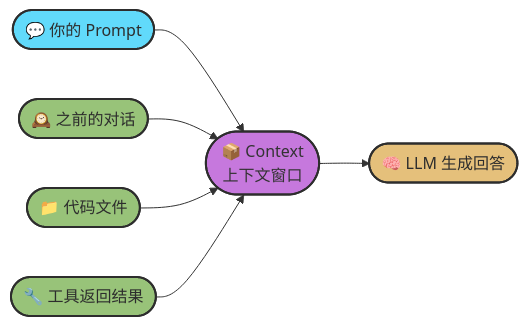
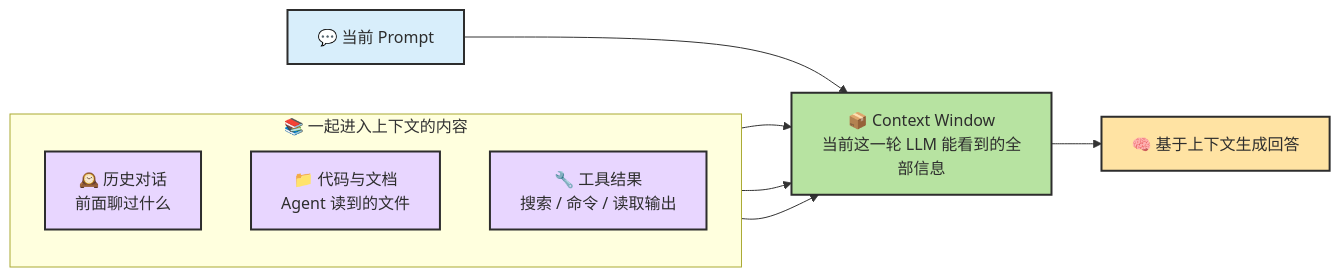
Before and after one commit to zht043/AgenticCodingTutorial: the first of 2 diagrams in docs/chapters/ch03-glossary.md, drawn with Mermaid. The commit also changed other lines of this file and 69 other files, not shown here.

Commit message:
optimize docs and add mermaid validation

````diff
--- a/docs/chapters/ch03-glossary.md
+++ b/docs/chapters/ch03-glossary.md
@@ -93,18 +93,25 @@
 ```mermaid
 flowchart LR
-    P(["💬 你的 Prompt"]):::blue
-    H(["🕰️ 之前的对话"]):::green
-    F(["📁 代码文件"]):::green
-    T(["🔧 工具返回结果"]):::green
-    
-    P --> C(["📦 Context<br/>上下文窗口"]):::purple
+    classDef input fill:#d8eefb,stroke:#2d2d2d,stroke-width:2px,color:#2d2d2d
+    classDef source fill:#e8d6ff,stroke:#2d2d2d,stroke-width:2px,color:#2d2d2d
+    classDef core fill:#b7e3a1,stroke:#2d2d2d,stroke-width:2px,color:#2d2d2d
+    classDef result fill:#ffe3a3,stroke:#2d2d2d,stroke-width:2px,color:#2d2d2d
+
+    P["💬 当前 Prompt"]:::input
+
+    subgraph S["📚 一起进入上下文的内容"]
+        direction TB
+        H["🕰️ 历史对话<br/>前面聊过什么"]:::source
+        F["📁 代码与文档<br/>Agent 读到的文件"]:::source
+        T["🔧 工具结果<br/>搜索 / 命令 / 读取输出"]:::source
+    end
+
+    C["📦 Context Window<br/>当前这一轮 LLM 能看到的全部信息"]:::core
+    R["🧠 基于上下文生成回答"]:::result
+
+    P --> C
     H --> C
     F --> C
     T --> C
-    C --> R(["🧠 LLM 生成回答"]):::orange
-
-    classDef blue fill:#61dafb,stroke:#2d2d2d,stroke-width:2px,color:#2d2d2d
-    classDef green fill:#98c379,stroke:#2d2d2d,stroke-width:2px,color:#2d2d2d
-    classDef purple fill:#c678dd,stroke:#2d2d2d,stroke-width:2px
-    classDef orange fill:#e5c07b,stroke:#2d2d2d,stroke-width:2px,color:#2d2d2d
+    C --> R
 ```
````
